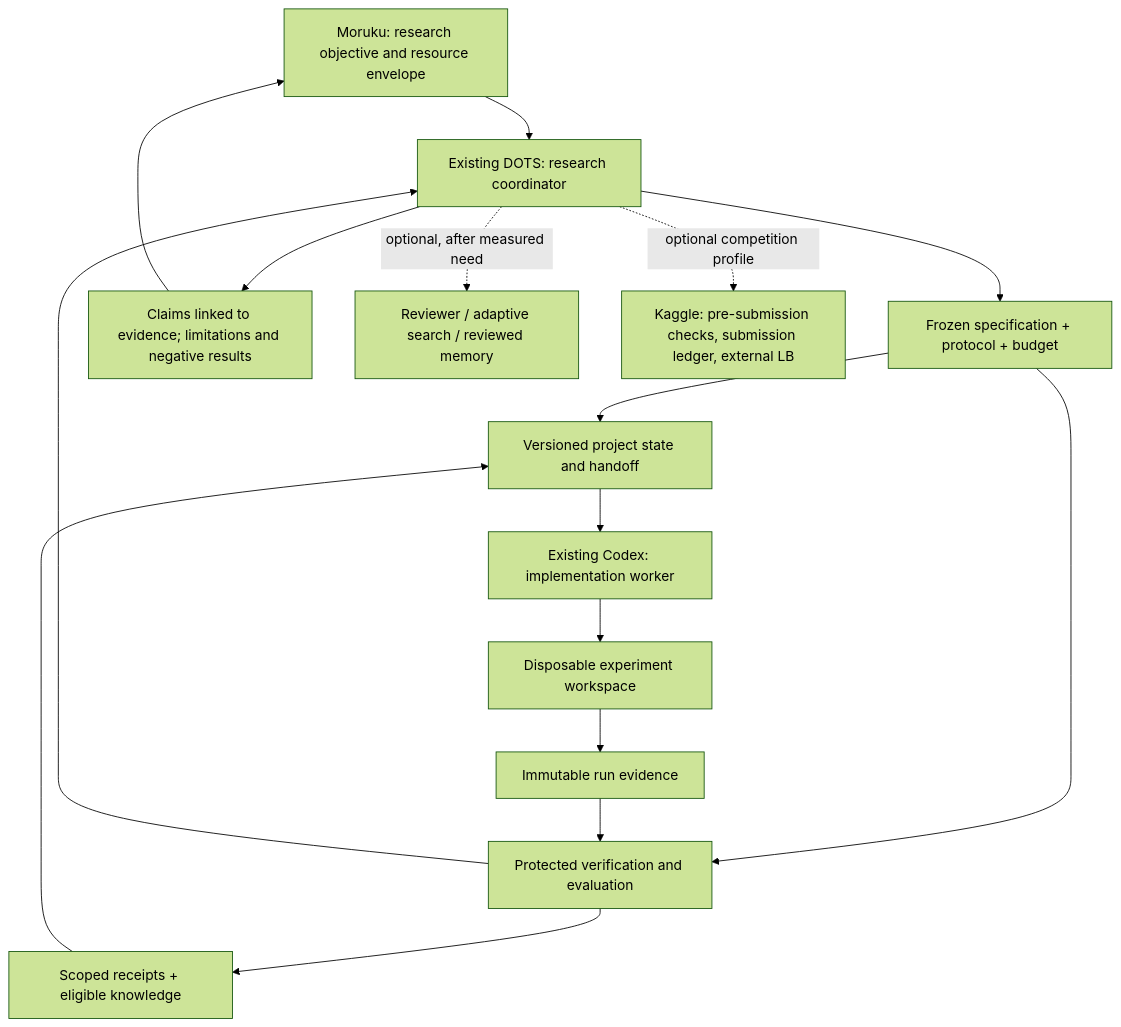
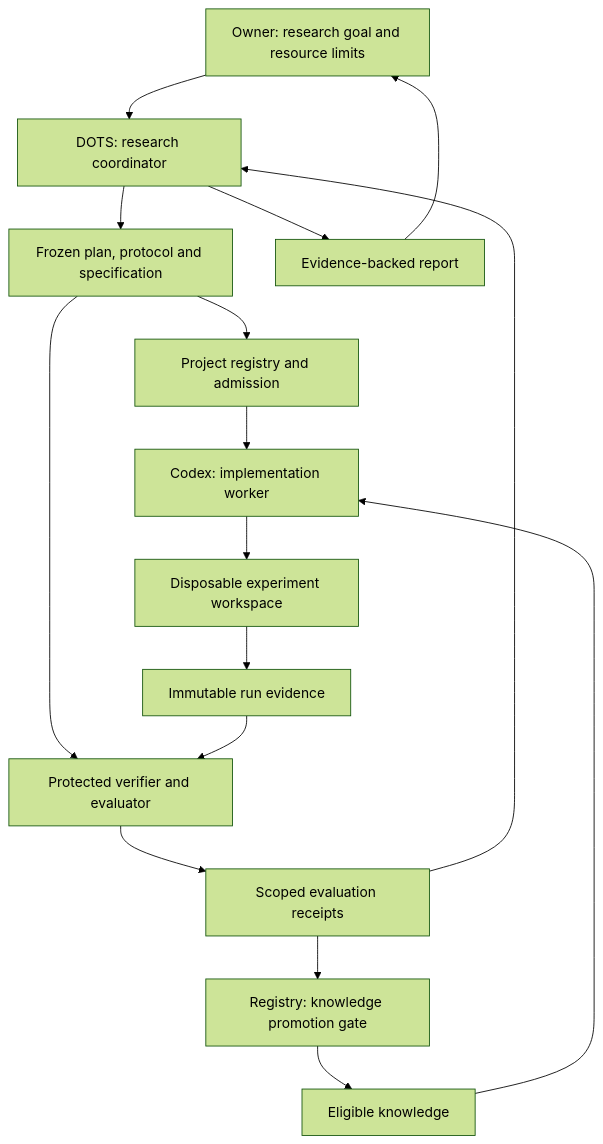
Before and after one commit to moruku36/ai-agent-scientist: the diagram in README.md, drawn with Mermaid (forest theme). The commit also changed other lines of this file and 1 other file, not shown here.

Commit message:
docs: simplify the bilingual project README (#33)

````diff
--- a/README.md
+++ b/README.md
@@ -80,18 +13,18 @@
 ```mermaid
 flowchart TB
-    H["Moruku: research objective and resource envelope"] --> D["Existing DOTS: research coordinator"]
-    D --> P["Frozen specification + protocol + budget"]
-    P --> K["Versioned project state and handoff"]
-    K --> C["Existing Codex: implementation worker"]
-    C --> X["Disposable experiment workspace"]
+    U["Owner: research goal and resource limits"] --> D["DOTS: research coordinator"]
+    D --> P["Frozen plan, protocol and specification"]
+    P --> R["Project registry and admission"]
+    R --> W["Codex: implementation worker"]
+    W --> X["Disposable experiment workspace"]
     X --> E["Immutable run evidence"]
-    P --> V["Protected verification and evaluation"]
+    P --> V["Protected verifier and evaluator"]
     E --> V
-    V --> Q["Scoped receipts + eligible knowledge"]
-    Q --> K
-    V --> D
-    D --> R["Claims linked to evidence; limitations and negative results"]
-    R --> H
-    D -. "optional, after measured need" .-> S["Reviewer / adaptive search / reviewed memory"]
-    D -. "optional competition profile" .-> G["Kaggle: pre-submission checks, submission ledger, external LB"]
+    V --> C["Scoped evaluation receipts"]
+    C --> D
+    C --> G["Registry: knowledge promotion gate"]
+    G --> K["Eligible knowledge"]
+    K --> W
+    D --> L["Evidence-backed report"]
+    L --> U
 ```
````
